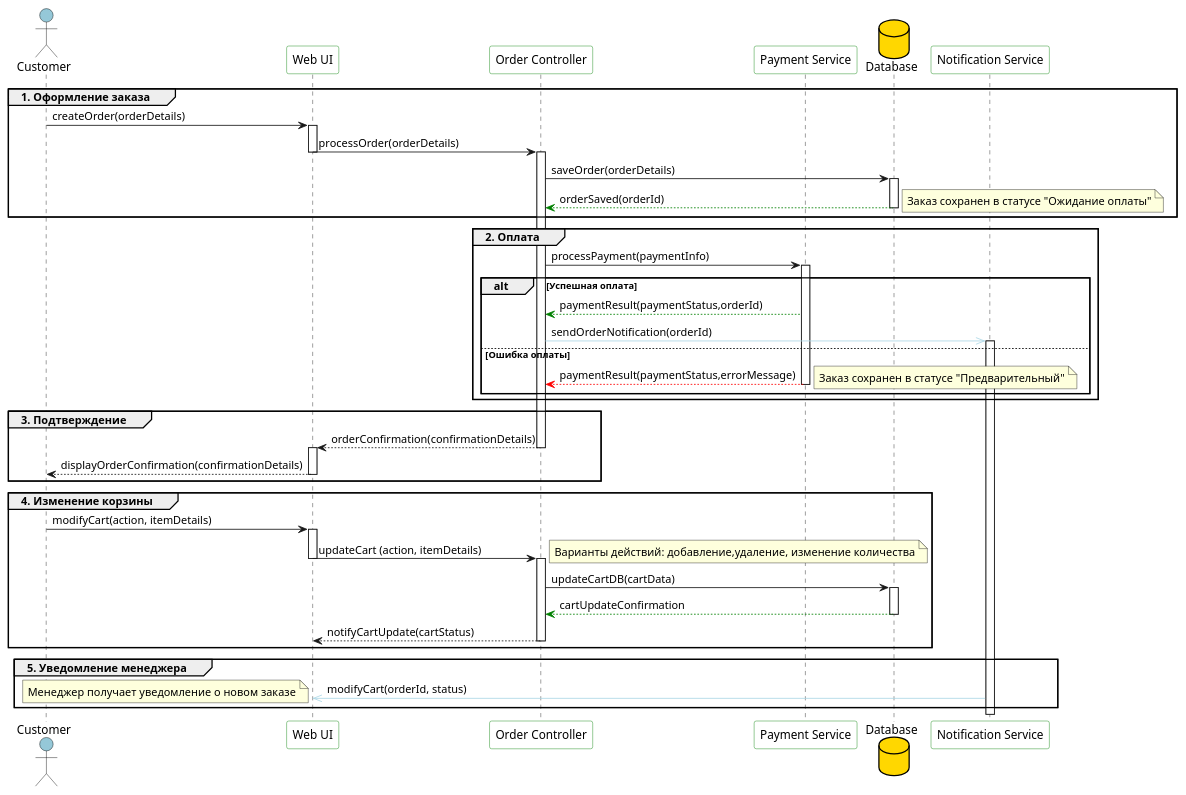
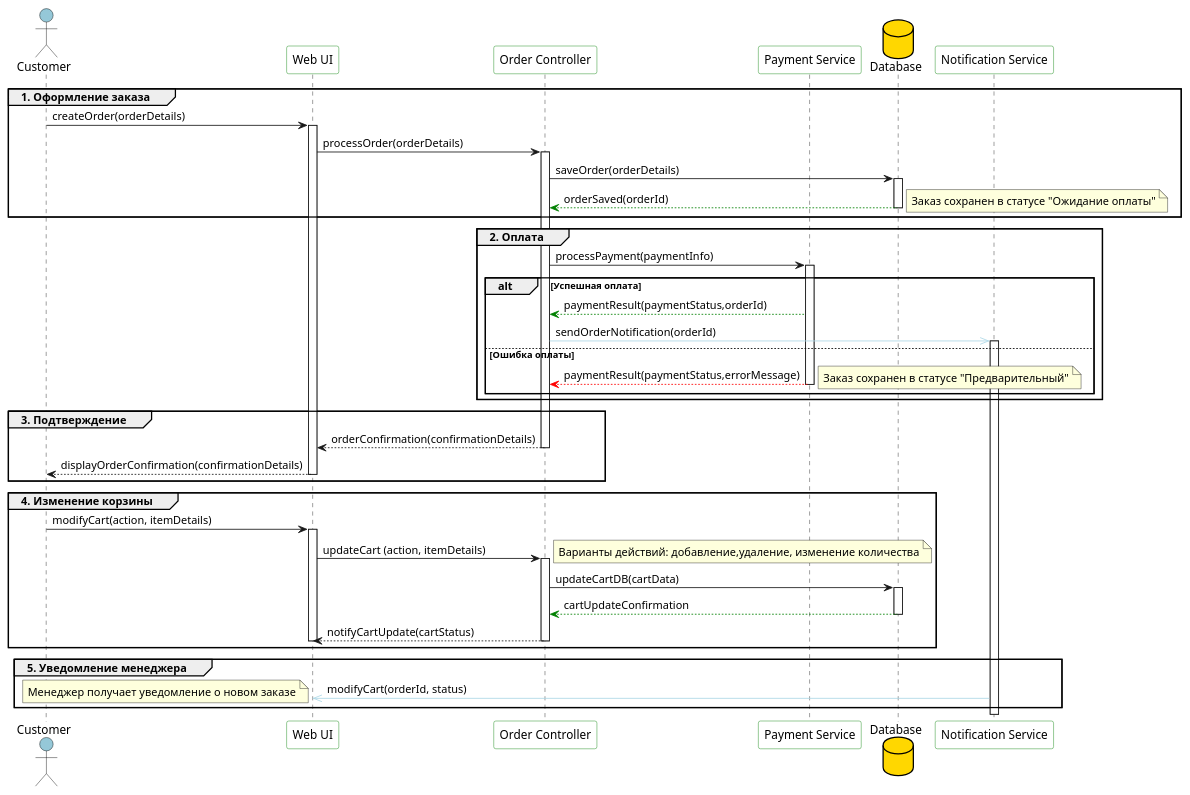
The diagram in sequence/Визуализация_практическое_задание_5.puml (SilverRoom/uml-diagrams), drawn with PlantUML before and after one commit.

Commit message:
Доработана диаграмма для задания 5 Визуализация_2

```diff
--- a/sequence/Визуализация_практическое_задание_5.puml
+++ b/sequence/Визуализация_практическое_задание_5.puml
@@ -1,91 +1,88 @@
 @startuml  
 skinparam actor {
 BackgroundColor #95C8D8
 BorderColor Black 
 }
 skinparam participant {
 BackgroundColor #FFF
 BorderColor Green
 }
 skinparam database {
 BackgroundColor #FFD700
 BorderColor Black
 }
 skinparam sequenceMessageAlign left
 
 actor Customer as CU
 participant "Web UI" as WU
 participant "Order Controller" as OC
 participant "Payment Service" as PS
 database Database as DB
 participant "Notification Service" as NS
 
 
 group 1. Оформление заказа  
     CU -> WU : createOrder(orderDetails)
     activate WU  
     WU -> OC : processOrder(orderDetails)  
-    deactivate WU  
-
     activate OC  
     OC -> DB : saveOrder(orderDetails)
     activate DB 
     DB -[#green]-> OC : orderSaved(orderId) 
     note right
     Заказ сохранен в статусе "Ожидание оплаты"
     end note
     deactivate DB
 
 end
 group 2. Оплата 
     OC -> PS : processPayment(paymentInfo)
     activate PS 
     alt Успешная оплата
         PS -[#green]-> OC : paymentResult(paymentStatus,orderId)
         OC [#lightblue]->> NS : sendOrderNotification(orderId)
         activate NS
     else Ошибка оплаты
         PS -[#red]-> OC : paymentResult(paymentStatus,errorMessage)
         note right
         Заказ сохранен в статусе "Предварительный"
         end note
         deactivate PS
     end
 end
 group 3. Подтверждение 
     OC --> WU : orderConfirmation(confirmationDetails)
     deactivate OC 
 
-    activate WU
+    
     WU --> CU : displayOrderConfirmation(confirmationDetails)  
     deactivate WU 
 end
 
 group 4. Изменение корзины 
     CU -> WU : modifyCart(action, itemDetails)
     activate WU  
     WU -> OC : updateCart (action, itemDetails)
     note right
     Варианты действий: добавление,удаление, изменение количества
     end note
-    deactivate WU  
-
     activate OC  
     OC -> DB : updateCartDB(cartData)
     activate DB 
     DB -[#green]-> OC : cartUpdateConfirmation
     deactivate DB
     OC --> WU : notifyCartUpdate(cartStatus)
 
     deactivate OC
+    deactivate WU 
 end
 
 
 group 5. Уведомление менеджера 
     NS [#lightblue]->> WU : modifyCart(orderId, status)
     note left
     Менеджер получает уведомление о новом заказе
     end note
 
 end
 @enduml 
```
